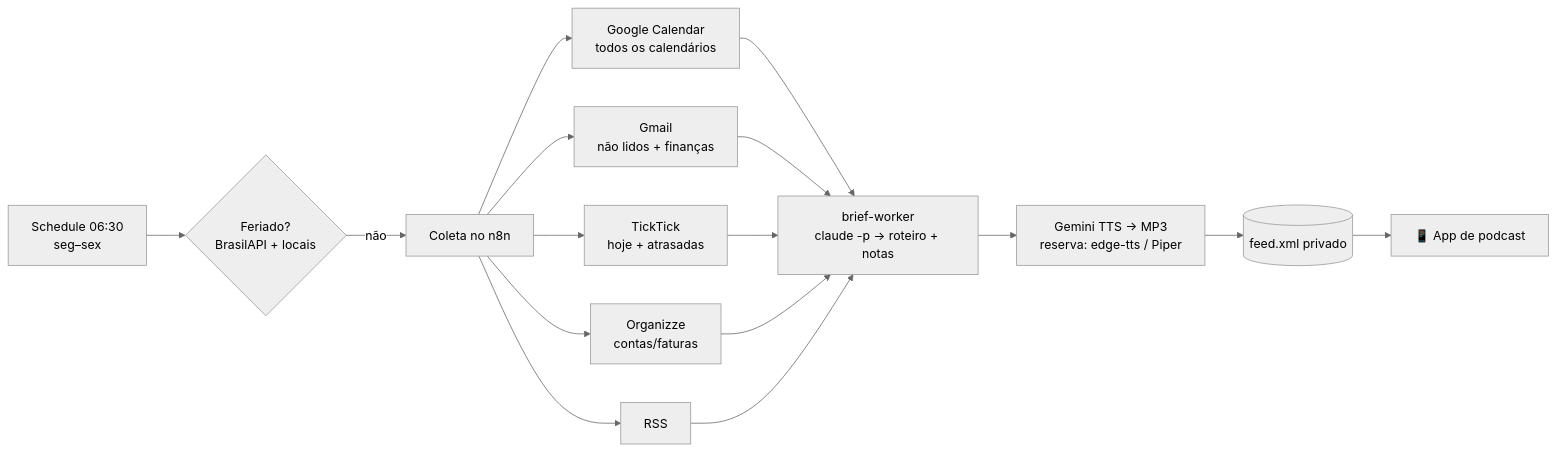
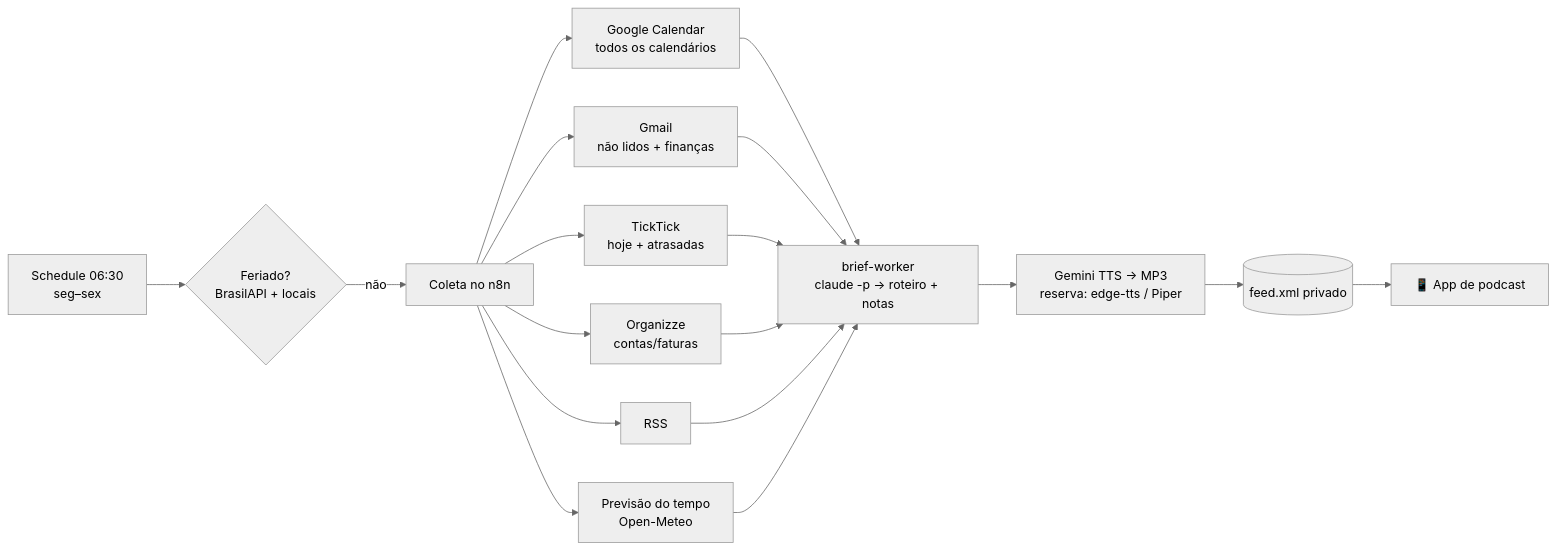
Before and after one commit to RafaelKC/daily-brief: the diagram in README.md, drawn with Mermaid (neutral theme). The commit also changed other lines of this file and 2 other files, not shown here.

Commit message:
Previsão do tempo e horários falados como no relógio
- workflow: nó Open-Meteo (grátis, sem chave) com previsão do dia,
  do próximo dia útil e hora a hora
- prompt: seção de tempo na abertura e horários sempre no formato
  "três e quarenta e cinco" (nunca "menos quinze")
- README atualizado

````diff
--- a/README.md
+++ b/README.md
@@ -10,14 +10,15 @@
 ```mermaid
 flowchart LR
   A[Schedule 06:30<br/>seg–sex] --> B{Feriado?<br/>BrasilAPI + locais}
   B -- não --> C[Coleta no n8n]
   C --> C1[Google Calendar<br/>todos os calendários]
   C --> C2[Gmail<br/>não lidos + finanças]
   C --> C3[TickTick<br/>hoje + atrasadas]
   C --> C4[Organizze<br/>contas/faturas]
   C --> C5[RSS]
-  C1 & C2 & C3 & C4 & C5 --> D[brief-worker<br/>claude -p → roteiro + notas]
+  C --> C6[Previsão do tempo<br/>Open-Meteo]
+  C1 & C2 & C3 & C4 & C5 & C6 --> D[brief-worker<br/>claude -p → roteiro + notas]
   D --> E[Gemini TTS → MP3<br/>reserva: edge-tts / Piper]
   E --> F[(feed.xml privado)]
   F --> G[📱 App de podcast]
 ```
````
